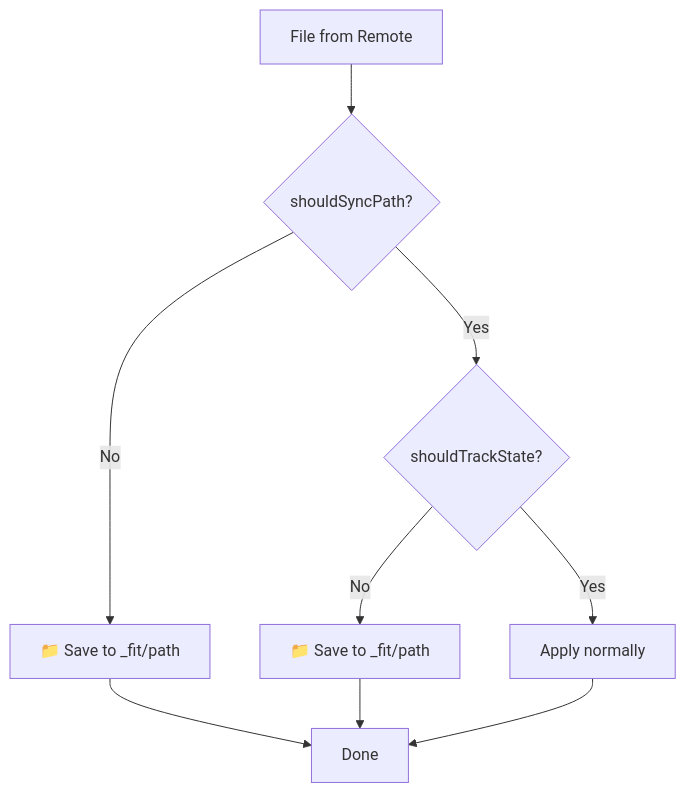
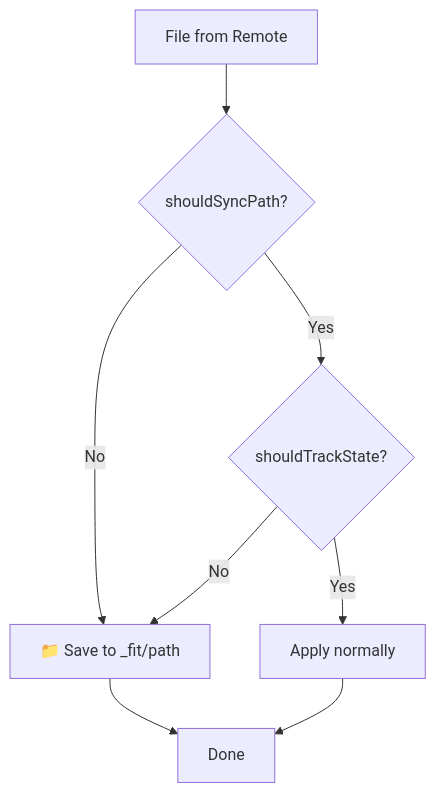
The third of 5 diagrams in docs/sync-logic.md (joshuakto/fit), drawn with Mermaid before and after one commit. The commit also changed other lines of this file and 9 other files, not shown here.

First line of the commit message:
fix: safer local (hidden) file checks before attempting modify/delete + FitSync refactor (#119)

````diff
--- a/docs/sync-logic.md
+++ b/docs/sync-logic.md
@@ -286,13 +286,12 @@
 ```mermaid
 flowchart TD
     Start[File from Remote] --> Protected{shouldSyncPath?}
-    Protected -->|No| SaveProtected[📁 Save to _fit/path]
+    Protected -->|No| SaveClash[📁 Save to _fit/path]
     Protected -->|Yes| Trackable{shouldTrackState?}
 
-    Trackable -->|No| SaveHidden[📁 Save to _fit/path]
+    Trackable -->|No| SaveClash
     Trackable -->|Yes| Normal[Apply normally]
 
-    SaveProtected --> End[Done]
-    SaveHidden --> End
+    SaveClash --> End[Done]
     Normal --> End
 ```
````
